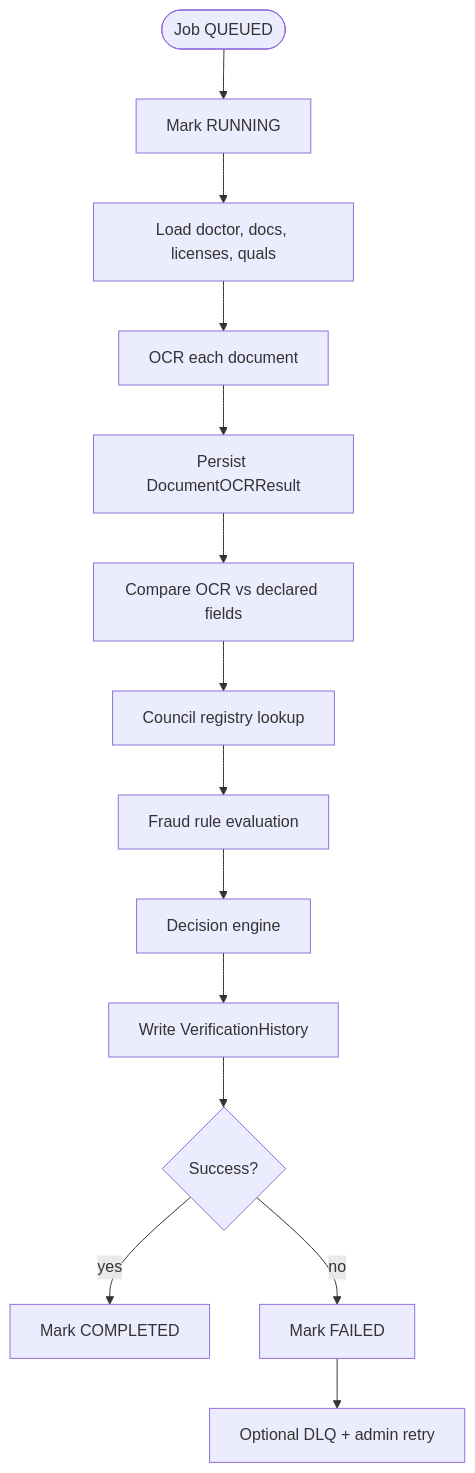
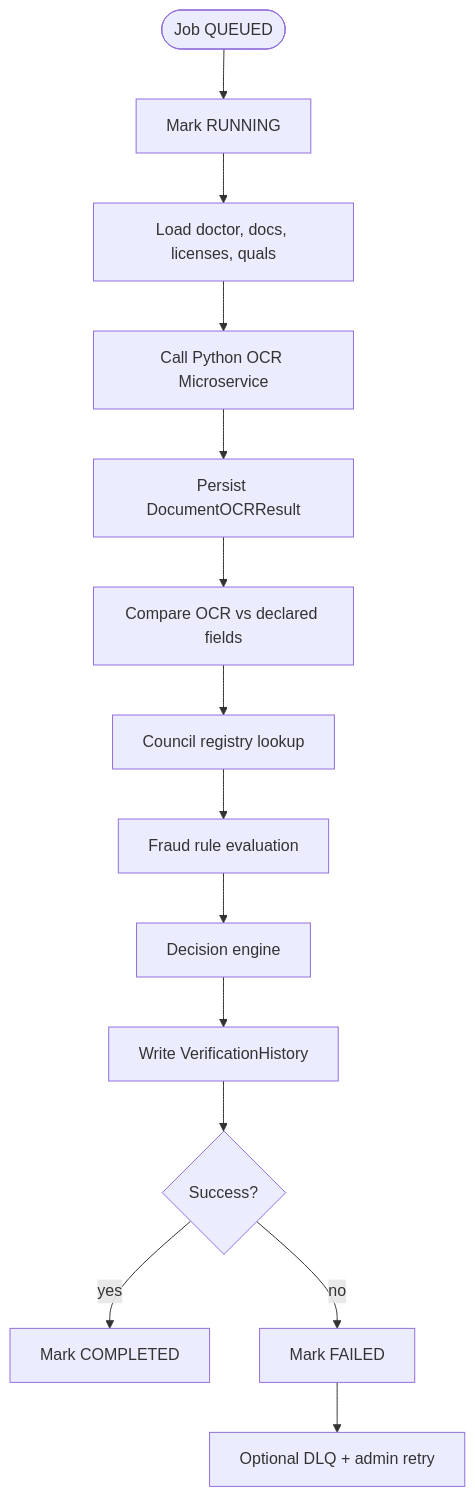
One commit to Saravanan2005real/zudoc-doctor-portal-EKYC changed the fifth of 8 diagrams in docs/ARCHITECTURE.md. Above: the diagram before and after it, drawn with Mermaid. The commit also changed other lines of this file, not shown here.

Commit message:
Update architecture diagram to include Python OCR and Face Matching pipeline

````diff
--- a/docs/ARCHITECTURE.md
+++ b/docs/ARCHITECTURE.md
@@ -181,16 +181,16 @@
 ```mermaid
 flowchart TD
   Start([Job QUEUED]) --> MarkRun[Mark RUNNING]
   MarkRun --> Load[Load doctor, docs, licenses, quals]
-  Load --> OCR[OCR each document]
+  Load --> OCR[Call Python OCR Microservice]
   OCR --> PersistOCR[Persist DocumentOCRResult]
   PersistOCR --> Compare[Compare OCR vs declared fields]
   Compare --> Council[Council registry lookup]
   Council --> Fraud[Fraud rule evaluation]
   Fraud --> Decide[Decision engine]
   Decide --> History[Write VerificationHistory]
   History --> Done{Success?}
   Done -->|yes| Complete[Mark COMPLETED]
   Done -->|no| Fail[Mark FAILED]
   Fail --> DLQ[Optional DLQ + admin retry]
 ```
````
